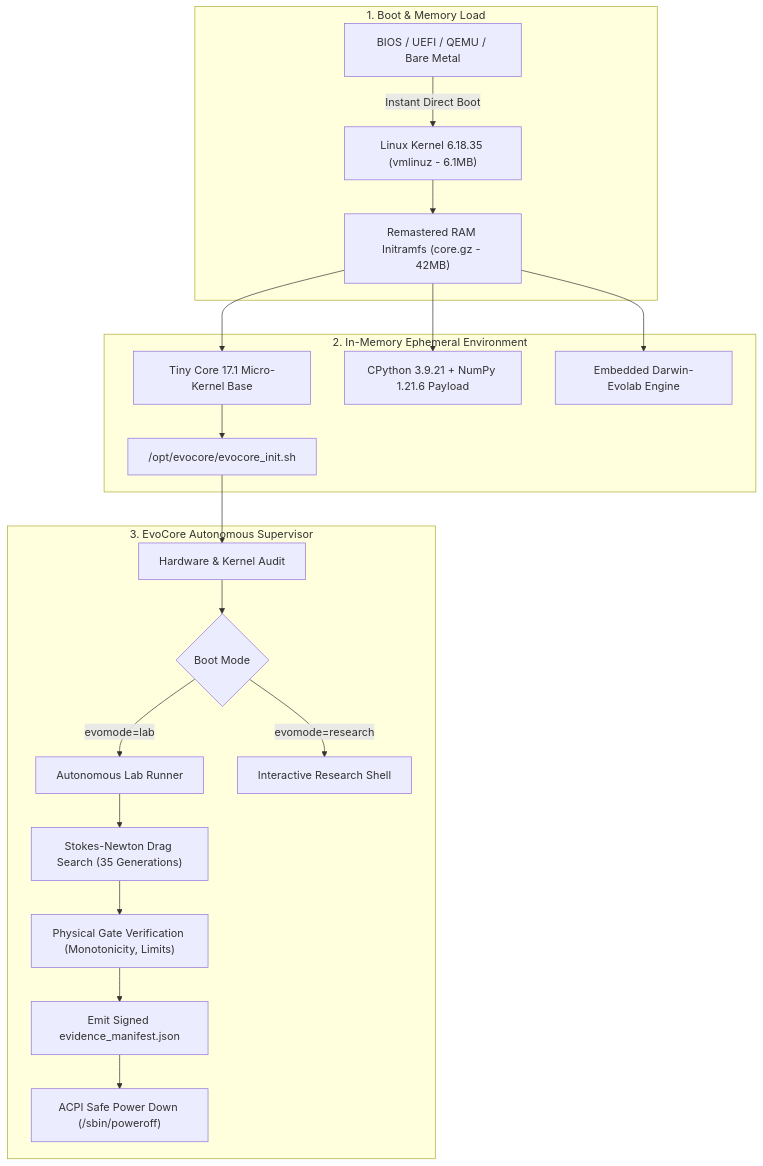
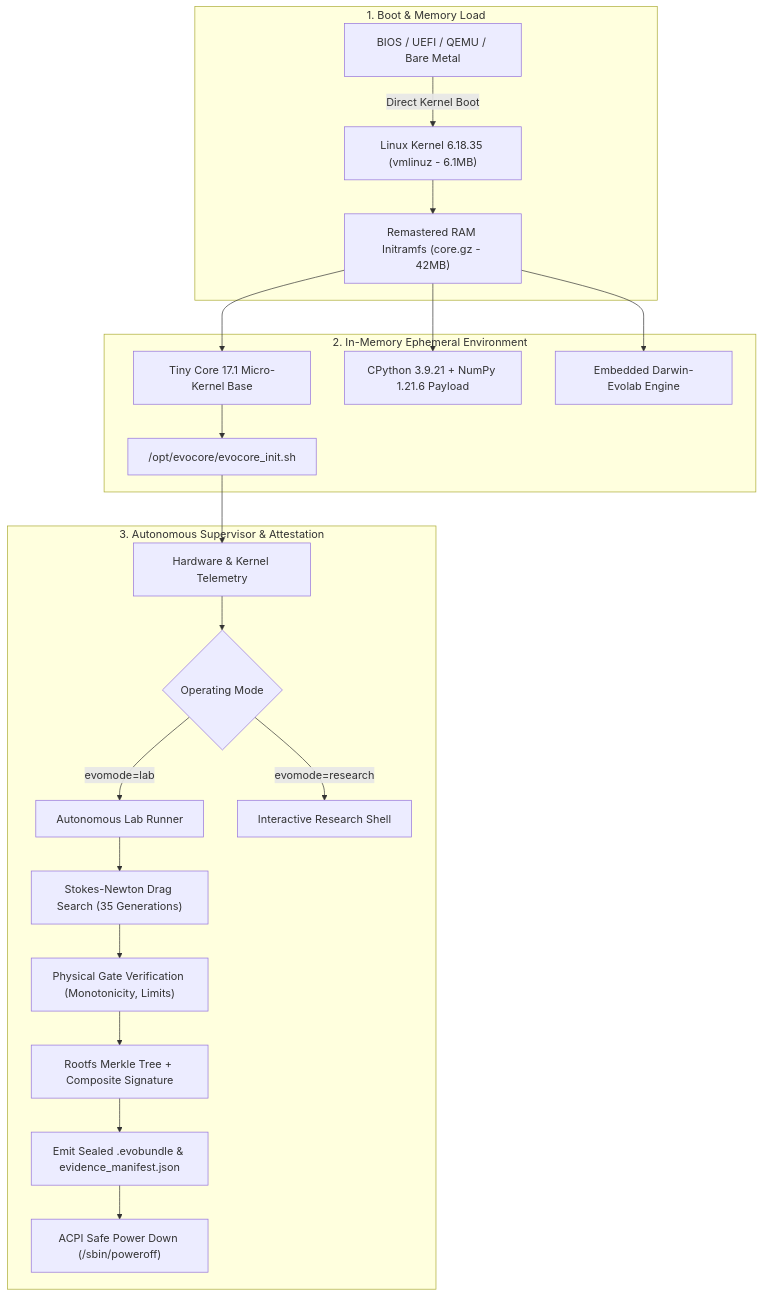
One commit to bio-colab/EvoCore changed the diagram in README.md. Above: the diagram before and after it, drawn with Mermaid. The commit also changed other lines of this file and 34 other files, not shown here.

Commit message:
feat(evocore): v0.3.0 sovereign CLI harness, deep Merkle attestation, and .evobundle capsules

````diff
--- a/README.md
+++ b/README.md
@@ -39,26 +40,27 @@
 ```mermaid
 flowchart TD
     subgraph BOOT ["1. Boot & Memory Load"]
-        BIOS["BIOS / UEFI / QEMU / Bare Metal"] -->|Instant Direct Boot| KERNEL["Linux Kernel 6.18.35 (vmlinuz - 6.1MB)"]
+        BIOS["BIOS / UEFI / QEMU / Bare Metal"] -->|Direct Kernel Boot| KERNEL["Linux Kernel 6.18.35 (vmlinuz - 6.1MB)"]
         KERNEL --> INITRD["Remastered RAM Initramfs (core.gz - 42MB)"]
     end
 
     subgraph RUNTIME ["2. In-Memory Ephemeral Environment"]
         INITRD --> BASE["Tiny Core 17.1 Micro-Kernel Base"]
         INITRD --> PY["CPython 3.9.21 + NumPy 1.21.6 Payload"]
         INITRD --> EVOLAB["Embedded Darwin-Evolab Engine"]
         BASE --> HOOK["/opt/evocore/evocore_init.sh"]
     end
 
-    subgraph SUPERVISOR ["3. EvoCore Autonomous Supervisor"]
-        HOOK --> AUDIT["Hardware & Kernel Audit"]
-        AUDIT --> MODE{"Boot Mode"}
+    subgraph SUPERVISOR ["3. Autonomous Supervisor & Attestation"]
+        HOOK --> AUDIT["Hardware & Kernel Telemetry"]
+        AUDIT --> MODE{"Operating Mode"}
         MODE -->|evomode=lab| LAB["Autonomous Lab Runner"]
         MODE -->|evomode=research| SHELL["Interactive Research Shell"]
         
         LAB --> SOLVE["Stokes-Newton Drag Search (35 Generations)"]
         SOLVE --> GATES["Physical Gate Verification (Monotonicity, Limits)"]
-        GATES --> ATTEST["Emit Signed evidence_manifest.json"]
-        ATTEST --> POWEROFF["ACPI Safe Power Down (/sbin/poweroff)"]
+        GATES --> MERKLE["Rootfs Merkle Tree + Composite Signature"]
+        MERKLE --> CAPSULE["Emit Sealed .evobundle & evidence_manifest.json"]
+        CAPSULE --> POWEROFF["ACPI Safe Power Down (/sbin/poweroff)"]
     end
 ```
````
